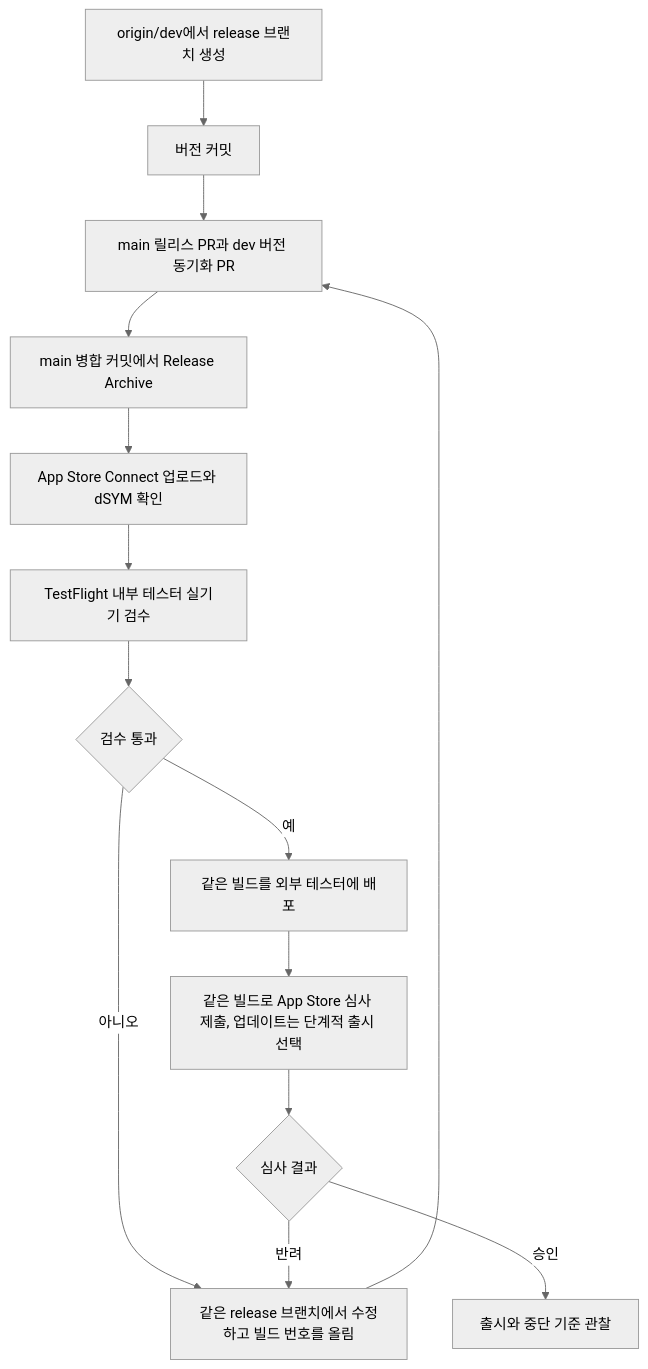
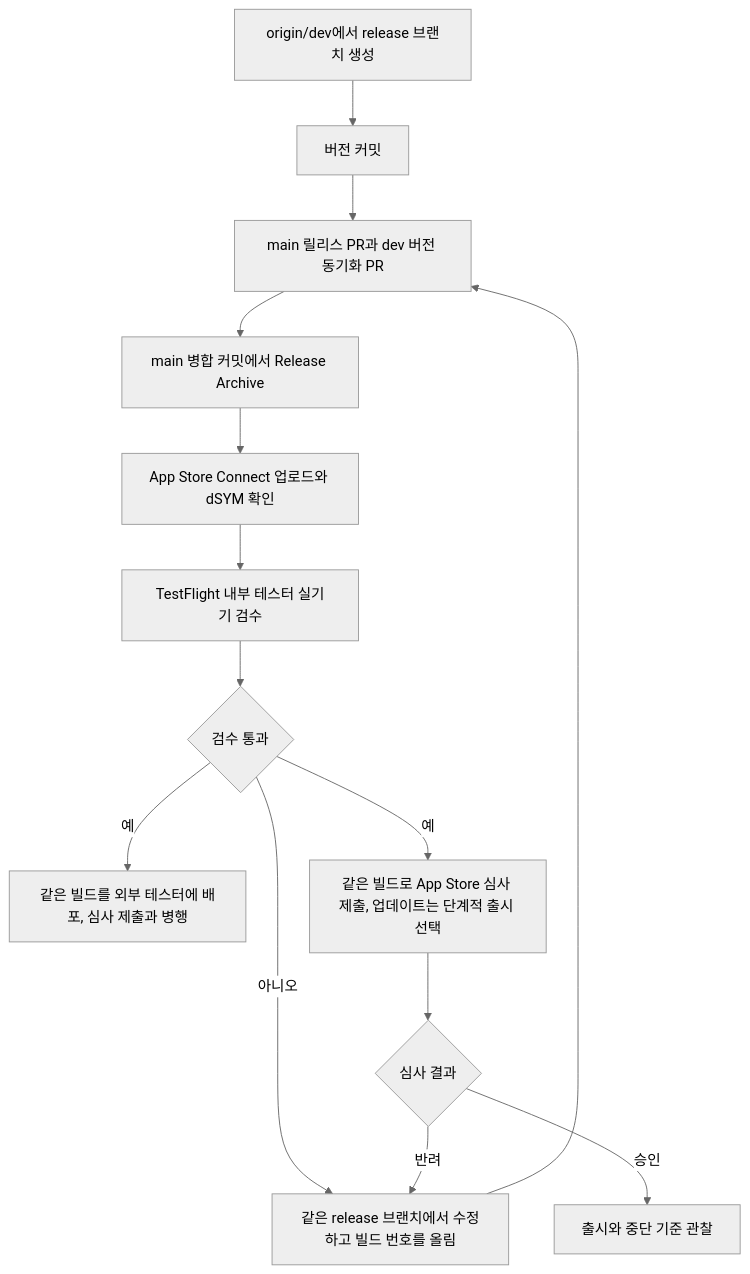
One commit to KIM-N-KANG/knk-harness changed the diagram in docs/platform/CLIENT/IOS/5-DEPLOYMENT.md. Above: the diagram before and after it, drawn with Mermaid (neutral theme). The commit also changed other lines of this file and 24 other files, not shown here.

````diff
--- a/docs/platform/CLIENT/IOS/5-DEPLOYMENT.md
+++ b/docs/platform/CLIENT/IOS/5-DEPLOYMENT.md
@@ -61,16 +61,16 @@
 ```mermaid
 flowchart TD
     A["origin/dev에서 release 브랜치 생성"] --> B["버전 커밋"]
     B --> C["main 릴리스 PR과 dev 버전 동기화 PR"]
     C --> D["main 병합 커밋에서 Release Archive"]
     D --> E["App Store Connect 업로드와 dSYM 확인"]
     E --> F["TestFlight 내부 테스터 실기기 검수"]
     F --> G{"검수 통과"}
     G -->|아니오| X["같은 release 브랜치에서 수정하고 빌드 번호를 올림"]
     X --> C
-    G -->|예| H["같은 빌드를 외부 테스터에 배포"]
-    H --> I["같은 빌드로 App Store 심사 제출, 업데이트는 단계적 출시 선택"]
+    G -->|예| H["같은 빌드를 외부 테스터에 배포, 심사 제출과 병행"]
+    G -->|예| I["같은 빌드로 App Store 심사 제출, 업데이트는 단계적 출시 선택"]
     I --> J{"심사 결과"}
     J -->|반려| X
     J -->|승인| K["출시와 중단 기준 관찰"]
 ```
````
